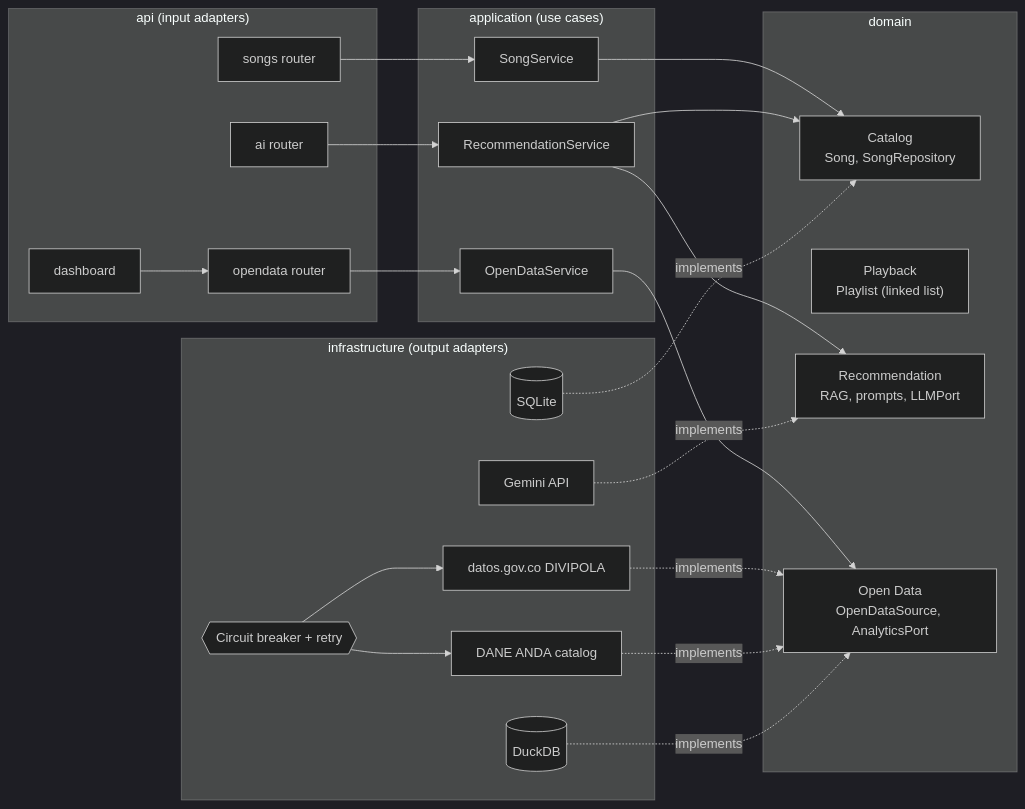
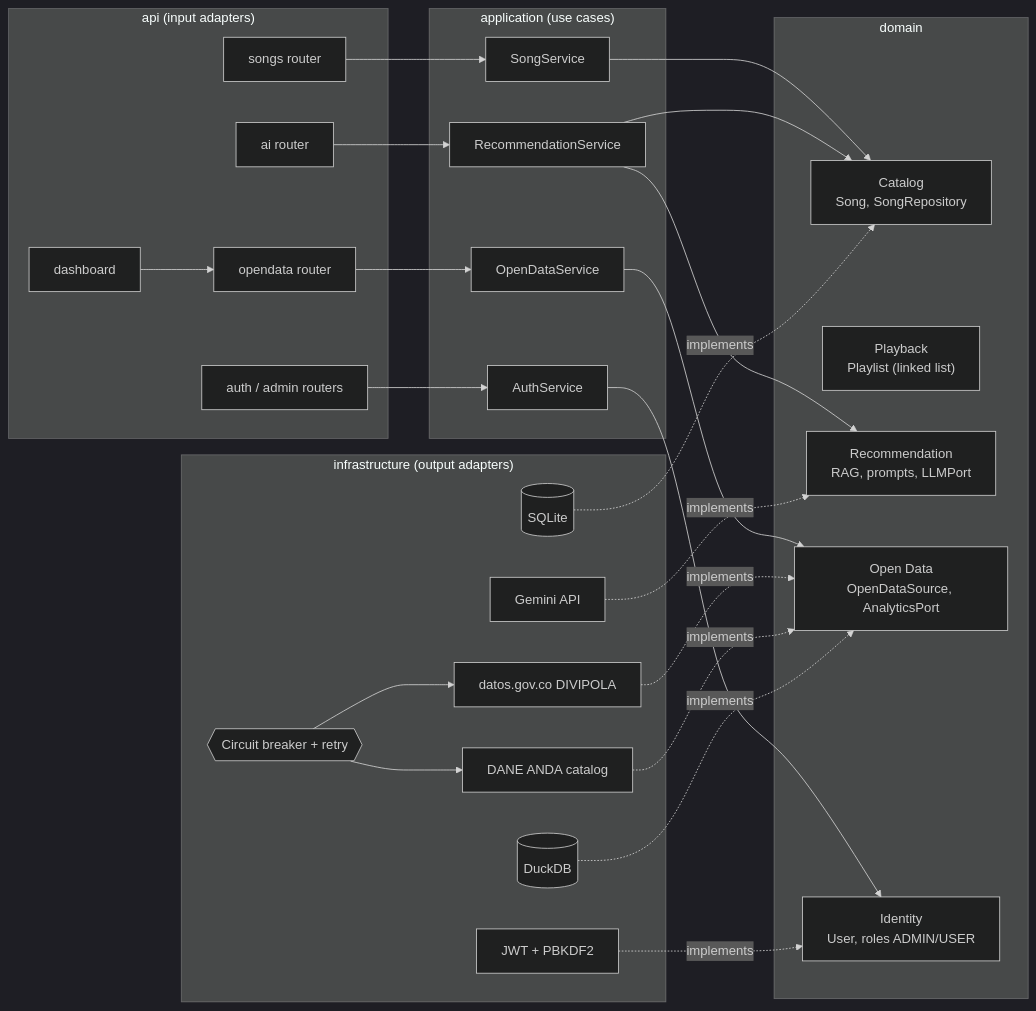
One commit to n-montenegro/enlace-sonoro-api changed the diagram in docs/bounded-contexts.md. Above: the diagram before and after it, drawn with Mermaid (dark theme). The commit also changed 47 other files, not shown here.

````diff
--- a/docs/bounded-contexts.md
+++ b/docs/bounded-contexts.md
@@ -3,44 +3,50 @@
 ```mermaid
 flowchart LR
     subgraph API["api (input adapters)"]
         R1[songs router]
         R2[ai router]
         R3[opendata router]
         R4[dashboard]
+        R5[auth / admin routers]
     end
 
     subgraph APP["application (use cases)"]
         S1[SongService]
         S2[RecommendationService]
         S3[OpenDataService]
+        S4[AuthService]
     end
 
     subgraph DOM["domain"]
         C1["Catalog<br/>Song, SongRepository"]
         C2["Playback<br/>Playlist (linked list)"]
         C3["Recommendation<br/>RAG, prompts, LLMPort"]
         C4["Open Data<br/>OpenDataSource, AnalyticsPort"]
+        C5["Identity<br/>User, roles ADMIN/USER"]
     end
 
     subgraph INF["infrastructure (output adapters)"]
         I1[(SQLite)]
         I2[Gemini API]
         I3[datos.gov.co DIVIPOLA]
         I4[DANE ANDA catalog]
         I5[(DuckDB)]
         CB{{Circuit breaker + retry}}
+        I6[JWT + PBKDF2]
     end
 
     R1 --> S1 --> C1
     R2 --> S2 --> C3
     S2 --> C1
     R3 --> S3 --> C4
     R4 --> R3
+    R5 --> S4 --> C5
+    I6 -. implements .-> C5
     I1 -. implements .-> C1
     I2 -. implements .-> C3
     CB --> I3
     CB --> I4
     I3 -. implements .-> C4
     I4 -. implements .-> C4
     I5 -. implements .-> C4
 ```
````
